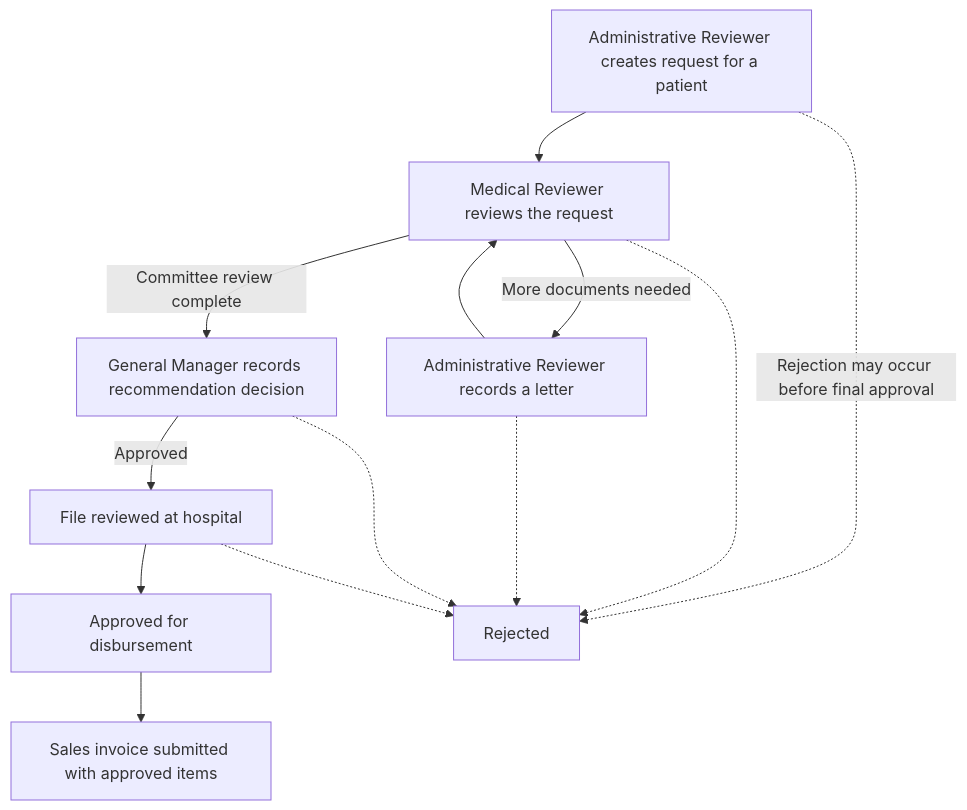
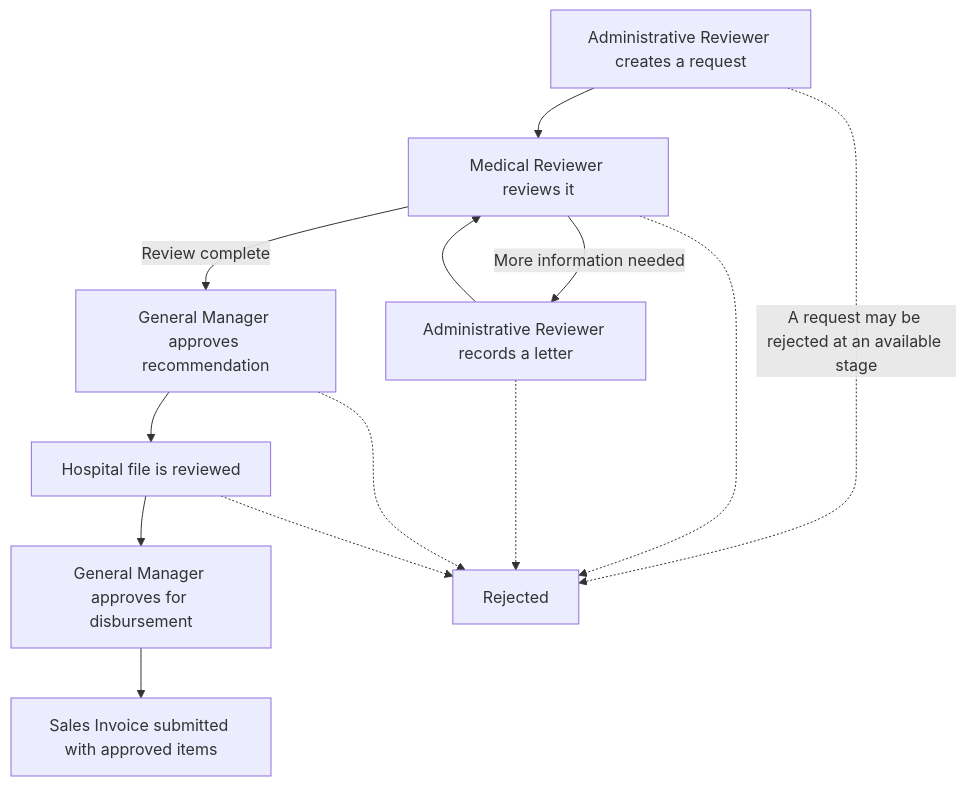
The diagram in README.md (Steeif/state_treatment), drawn with Mermaid before and after one commit. The commit also changed other lines of this file, not shown here.

````diff
--- a/README.md
+++ b/README.md
@@ -26,15 +9,15 @@
 ```mermaid
 flowchart TD
-    A[Administrative Reviewer creates request for a patient] --> B[Medical Reviewer reviews the request]
-    B -->|More documents needed| C[Administrative Reviewer records a letter]
+    A[Administrative Reviewer creates a request] --> B[Medical Reviewer reviews it]
+    B -->|More information needed| C[Administrative Reviewer records a letter]
     C --> B
-    B -->|Committee review complete| D[General Manager records recommendation decision]
-    D -->|Approved| E[File reviewed at hospital]
-    E --> F[Approved for disbursement]
-    F --> G[Sales invoice submitted with approved items]
-    A -. Rejection may occur before final approval .-> R[Rejected]
+    B -->|Review complete| D[General Manager approves recommendation]
+    D --> E[Hospital file is reviewed]
+    E --> F[General Manager approves for disbursement]
+    F --> G[Sales Invoice submitted with approved items]
+    A -. A request may be rejected at an available stage .-> R[Rejected]
     B -.-> R
     C -.-> R
     D -.-> R
     E -.-> R
 ```
````
